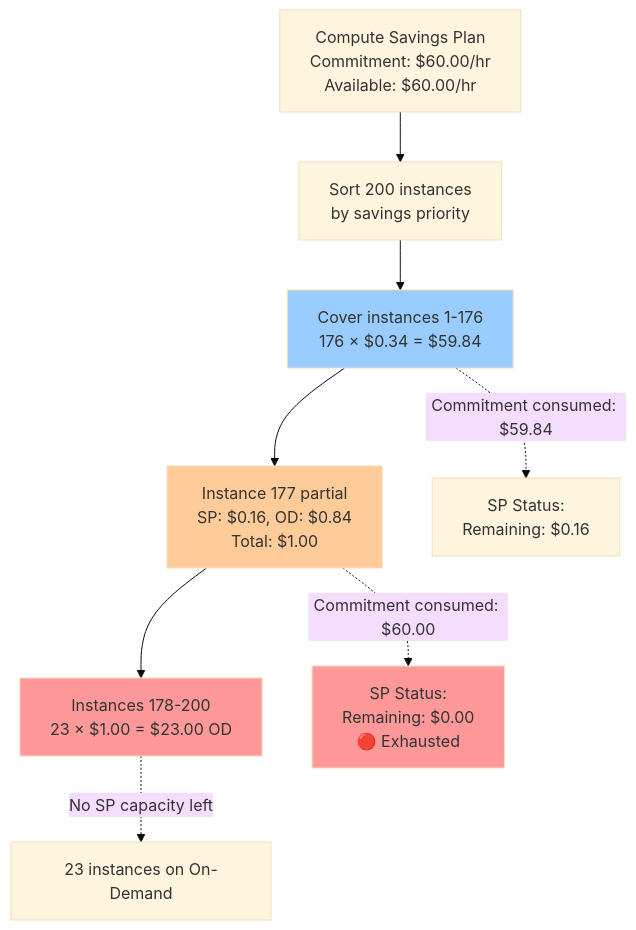
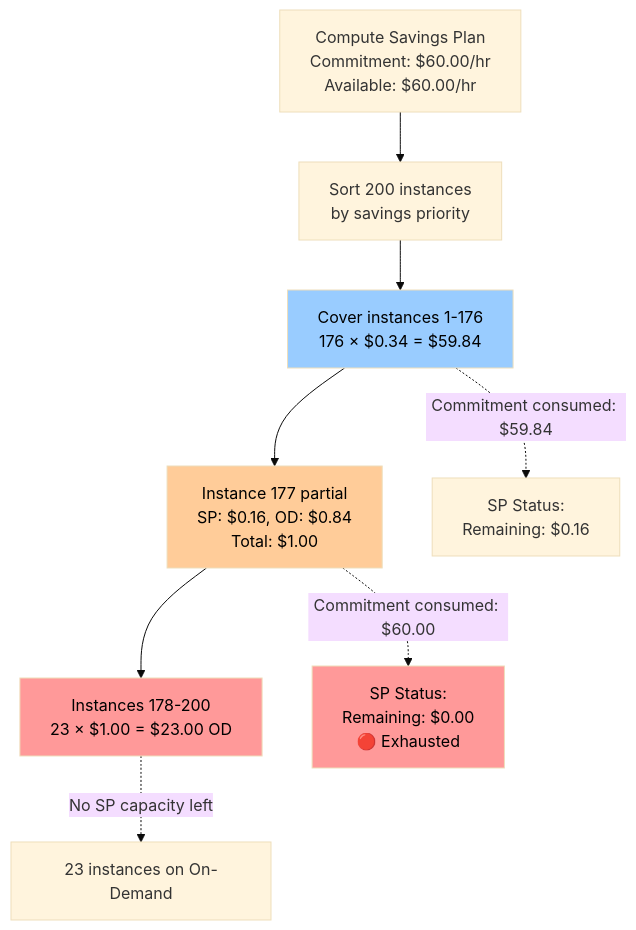
Before and after one commit to Nextdoor/lumina: the sixth of 8 diagrams in ALGORITHM.md, drawn with Mermaid (base theme). The commit also changed other lines of this file, not shown here.

First line of the commit message:
docs(algorithm): apply dark text to all light-colored diagram boxes

````diff
--- a/ALGORITHM.md
+++ b/ALGORITHM.md
@@ -330,21 +330,21 @@
 ```mermaid
 graph TD
     Start[Compute Savings Plan<br/>Commitment: $60.00/hr<br/>Available: $60.00/hr] --> Sort[Sort 200 instances<br/>by savings priority]
 
     Sort --> Phase1[Cover instances 1-176<br/>176 × $0.34 = $59.84]
     Phase1 --> Phase2[Instance 177 partial<br/>SP: $0.16, OD: $0.84<br/>Total: $1.00]
     Phase2 --> Phase3[Instances 178-200<br/>23 × $1.00 = $23.00 OD]
 
     Phase1 -.->|Commitment consumed: $59.84| Status1
     Phase2 -.->|Commitment consumed: $60.00| Status2
     Phase3 -.->|No SP capacity left| Status3
 
     Status1[SP Status:<br/>Remaining: $0.16]
     Status2[SP Status:<br/>Remaining: $0.00<br/>🔴 Exhausted]
     Status3[23 instances on On-Demand]
 
-    style Phase1 fill:#99ccff
-    style Phase2 fill:#ffcc99
-    style Phase3 fill:#ff9999
-    style Status2 fill:#ff9999
+    style Phase1 fill:#99ccff,color:#000
+    style Phase2 fill:#ffcc99,color:#000
+    style Phase3 fill:#ff9999,color:#000
+    style Status2 fill:#ff9999,color:#000
 ```
````
